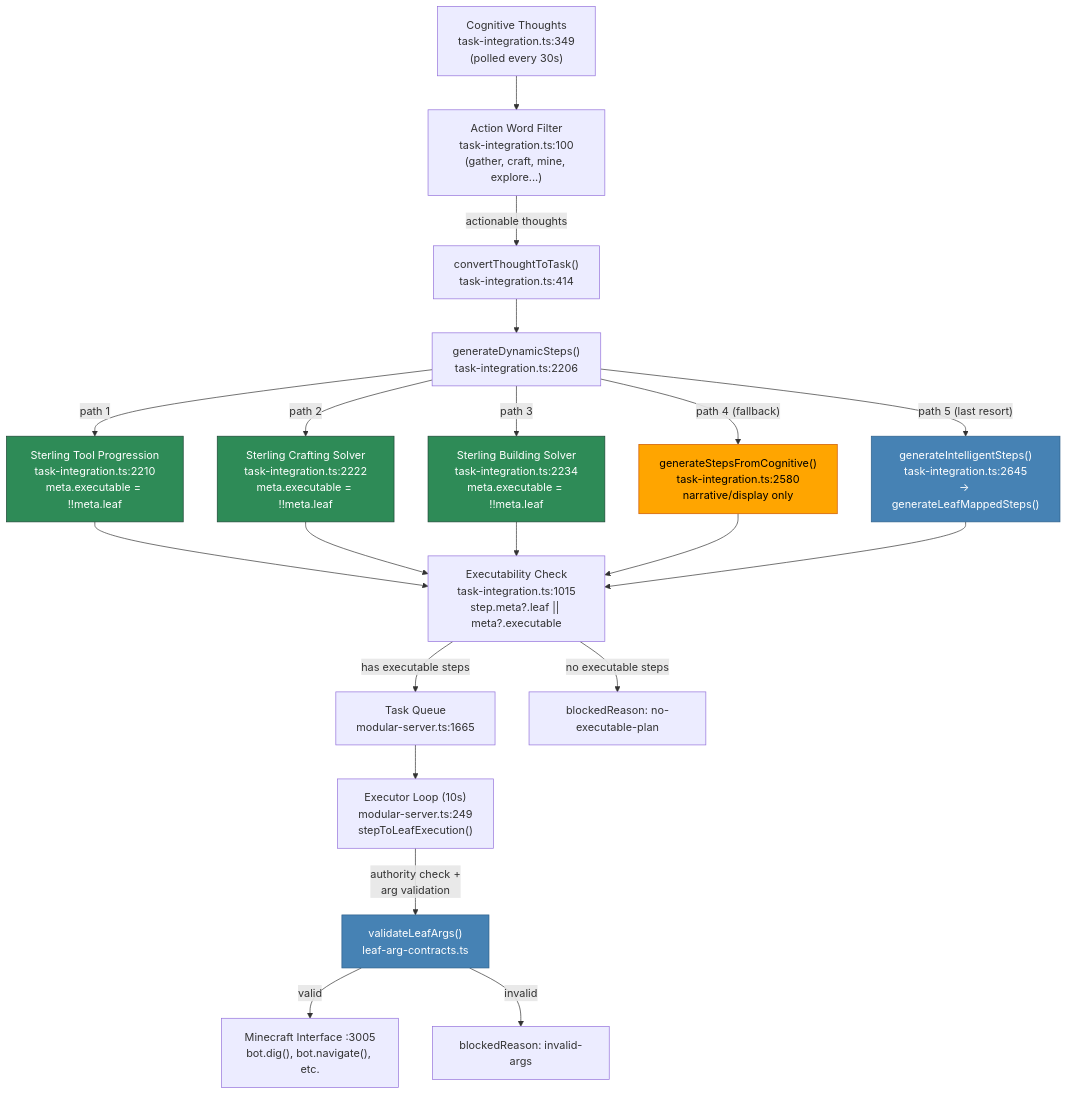
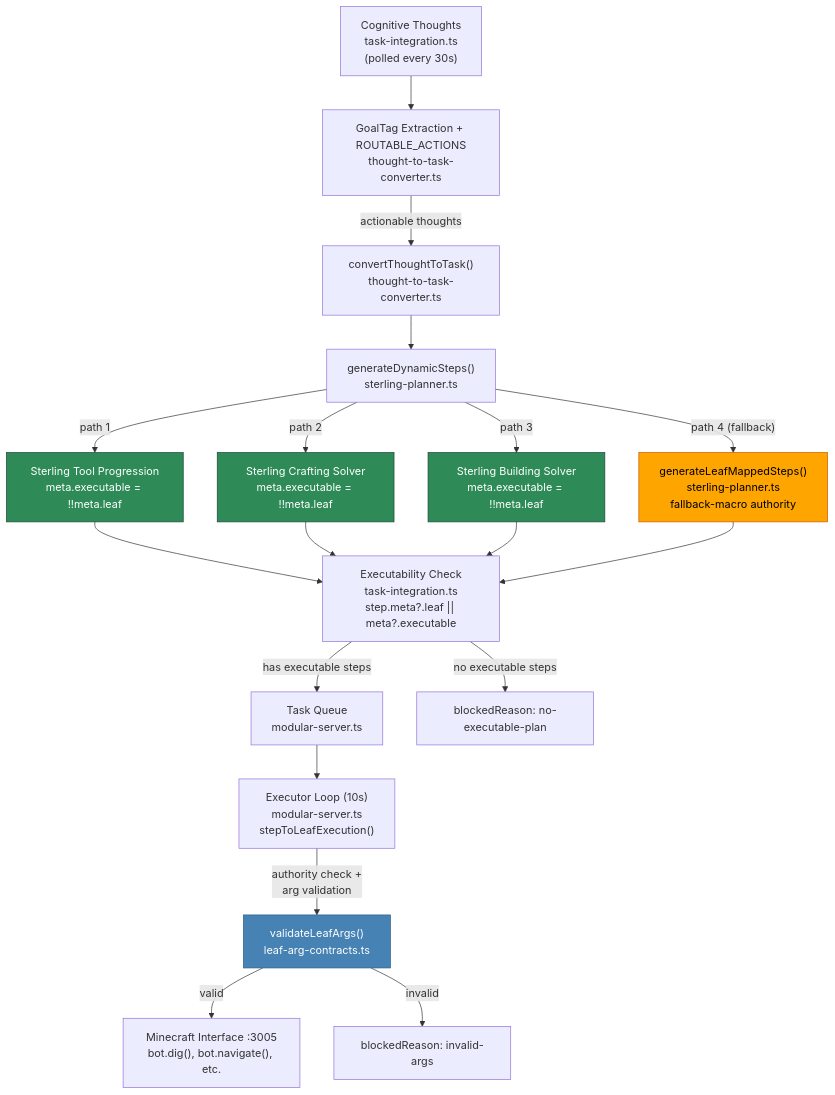
The fifth of 5 diagrams in readme.md (darianrosebrook/conscious-bot-experiment), drawn with Mermaid before and after one commit. The commit also changed other lines of this file and 1764 other files, not shown here.

````diff
--- a/readme.md
+++ b/readme.md
@@ -914,46 +888,44 @@
 ```mermaid
 flowchart TD
     %% Thought to Task
-    THOUGHTS["Cognitive Thoughts<br/>task-integration.ts:349<br/>(polled every 30s)"]
-    FILTER["Action Word Filter<br/>task-integration.ts:100<br/>(gather, craft, mine, explore...)"]
-    CONVERT["convertThoughtToTask()<br/>task-integration.ts:414"]
+    THOUGHTS["Cognitive Thoughts<br/>task-integration.ts<br/>(polled every 30s)"]
+    FILTER["GoalTag Extraction + ROUTABLE_ACTIONS<br/>thought-to-task-converter.ts"]
+    CONVERT["convertThoughtToTask()<br/>thought-to-task-converter.ts"]
 
     THOUGHTS --> FILTER
     FILTER -->|"actionable thoughts"| CONVERT
 
     %% Step Generation (4 paths)
-    CONVERT --> STEPS["generateDynamicSteps()<br/>task-integration.ts:2206"]
+    CONVERT --> STEPS["generateDynamicSteps()<br/>sterling-planner.ts"]
 
-    STEPS -->|"path 1"| STERLING_TP["Sterling Tool Progression<br/>task-integration.ts:2210<br/>meta.executable = !!meta.leaf"]
-    STEPS -->|"path 2"| STERLING_CR["Sterling Crafting Solver<br/>task-integration.ts:2222<br/>meta.executable = !!meta.leaf"]
-    STEPS -->|"path 3"| STERLING_BL["Sterling Building Solver<br/>task-integration.ts:2234<br/>meta.executable = !!meta.leaf"]
-    STEPS -->|"path 4 (fallback)"| COG_STEPS["generateStepsFromCognitive()<br/>task-integration.ts:2580<br/>narrative/display only"]
-    STEPS -->|"path 5 (last resort)"| INTEL_STEPS["generateIntelligentSteps()<br/>task-integration.ts:2645<br/>→ generateLeafMappedSteps()"]
+    STEPS -->|"path 1"| STERLING_TP["Sterling Tool Progression<br/>meta.executable = !!meta.leaf"]
+    STEPS -->|"path 2"| STERLING_CR["Sterling Crafting Solver<br/>meta.executable = !!meta.leaf"]
+    STEPS -->|"path 3"| STERLING_BL["Sterling Building Solver<br/>meta.executable = !!meta.leaf"]
+    STEPS -->|"path 4 (fallback)"| LEAF_STEPS["generateLeafMappedSteps()<br/>sterling-planner.ts<br/>fallback-macro authority"]
 
     %% Executability Check
     STERLING_TP --> EXEC_CHECK
     STERLING_CR --> EXEC_CHECK
     STERLING_BL --> EXEC_CHECK
-    COG_STEPS --> EXEC_CHECK
-    INTEL_STEPS --> EXEC_CHECK
+    LEAF_STEPS --> EXEC_CHECK
 
-    EXEC_CHECK["Executability Check<br/>task-integration.ts:1015<br/>step.meta?.leaf || meta?.executable"]
+    EXEC_CHECK["Executability Check<br/>task-integration.ts<br/>step.meta?.leaf || meta?.executable"]
 
-    EXEC_CHECK -->|"has executable steps"| QUEUE["Task Queue<br/>modular-server.ts:1665"]
+    EXEC_CHECK -->|"has executable steps"| QUEUE["Task Queue<br/>modular-server.ts"]
     EXEC_CHECK -->|"no executable steps"| BLOCKED["blockedReason: no-executable-plan"]
 
     %% Execution
-    QUEUE --> EXECUTOR["Executor Loop (10s)<br/>modular-server.ts:249<br/>stepToLeafExecution()"]
+    QUEUE --> EXECUTOR["Executor Loop (10s)<br/>modular-server.ts<br/>stepToLeafExecution()"]
     EXECUTOR -->|"authority check +<br/>arg validation"| VALIDATE["validateLeafArgs()<br/>leaf-arg-contracts.ts"]
     VALIDATE -->|"valid"| MI["Minecraft Interface :3005<br/>bot.dig(), bot.navigate(), etc."]
     VALIDATE -->|"invalid"| ARG_BLOCK["blockedReason: invalid-args"]
 
     %% Styling
     classDef sterling fill:#2e8b57,stroke:#1b4332,color:#fff;
     classDef fallback fill:#ffa500,stroke:#cc5500,color:#000;
     classDef validation fill:#4682b4,stroke:#2c5f8a,color:#fff;
 
     class STERLING_TP,STERLING_CR,STERLING_BL sterling;
-    class COG_STEPS fallback;
-    class INTEL_STEPS,VALIDATE validation;
+    class LEAF_STEPS fallback;
+    class VALIDATE validation;
 ```
````
